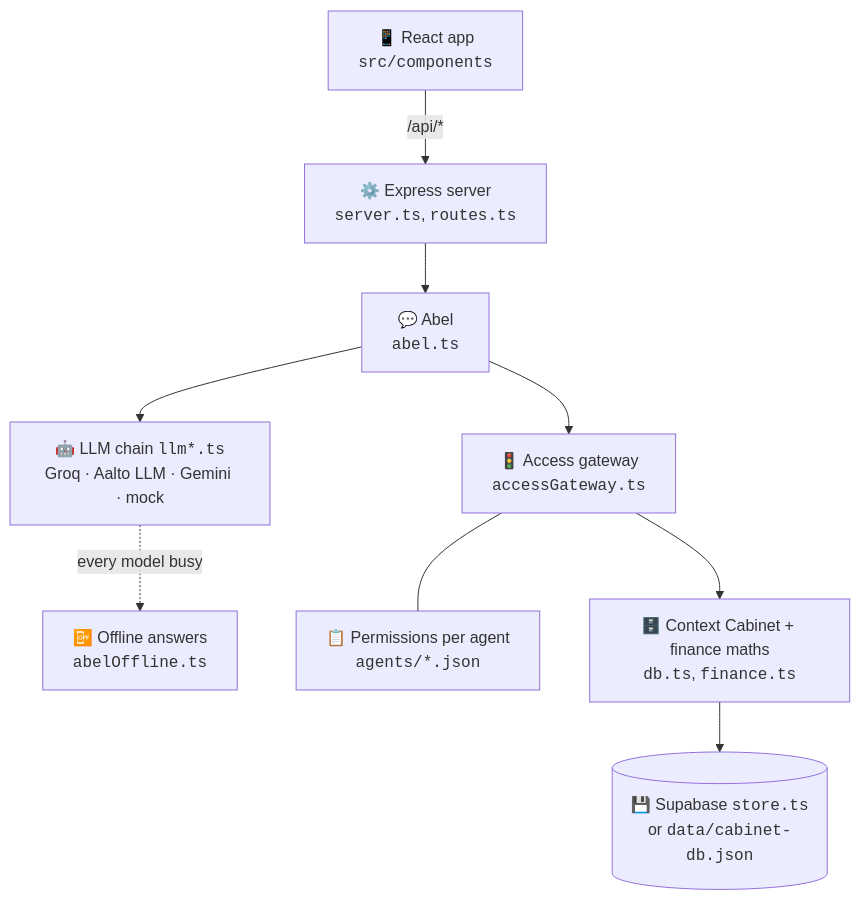
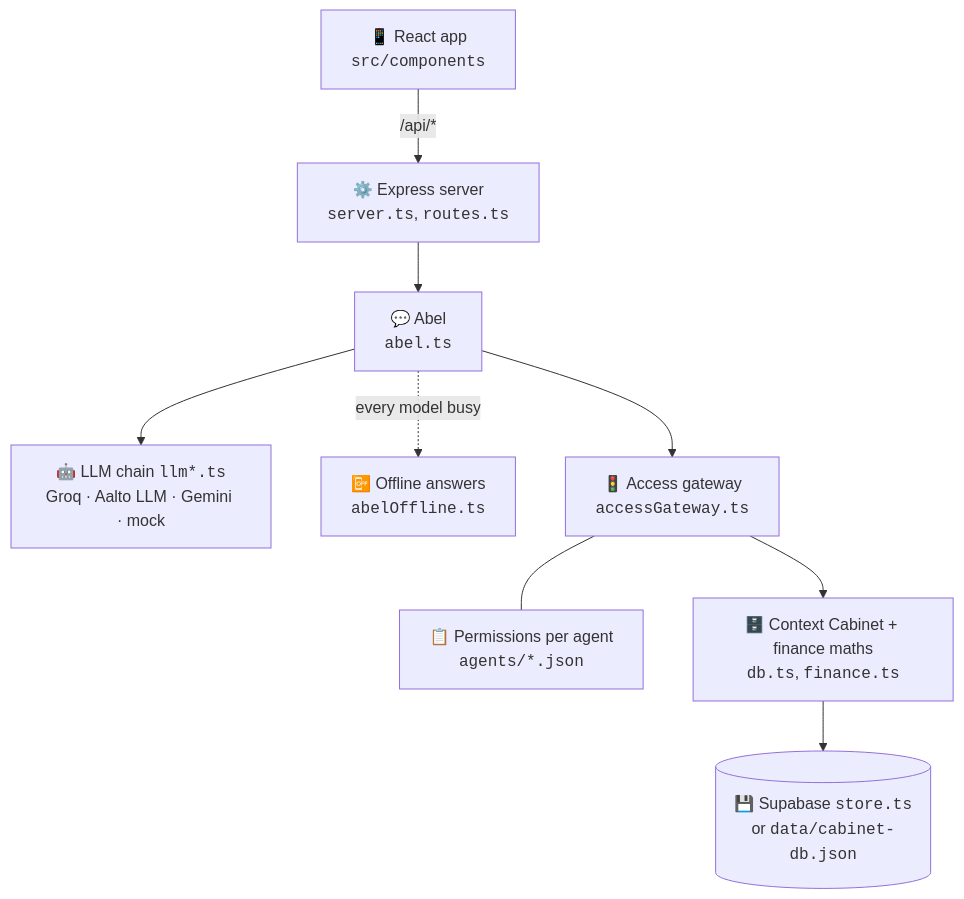
The diagram in README.md (coolkowkank/Nordea-x-Aalto-Banking-), drawn with Mermaid before and after one commit. The commit also changed other lines of this file and 1 other file, not shown here.

````diff
--- a/README.md
+++ b/README.md
@@ -141,11 +141,11 @@
 ```mermaid
 flowchart TD
     UI["📱 React app<br/><code>src/components</code>"] -->|"/api/*"| API["⚙️ Express server<br/><code>server.ts</code>, <code>routes.ts</code>"]
     API --> ABEL["💬 Abel<br/><code>abel.ts</code>"]
     ABEL --> LLM["🤖 LLM chain <code>llm*.ts</code><br/>Groq · Aalto LLM · Gemini · mock"]
-    LLM -.->|"every model busy"| OFF["📴 Offline answers<br/><code>abelOffline.ts</code>"]
+    ABEL -.->|"every model busy"| OFF["📴 Offline answers<br/><code>abelOffline.ts</code>"]
     ABEL --> GW["🚦 Access gateway<br/><code>accessGateway.ts</code>"]
     GW --- PERM["📋 Permissions per agent<br/><code>agents/*.json</code>"]
     GW --> CAB["🗄️ Context Cabinet + finance maths<br/><code>db.ts</code>, <code>finance.ts</code>"]
     CAB --> STORE[("💾 Supabase <code>store.ts</code><br/>or <code>data/cabinet-db.json</code>")]
 ```
````
